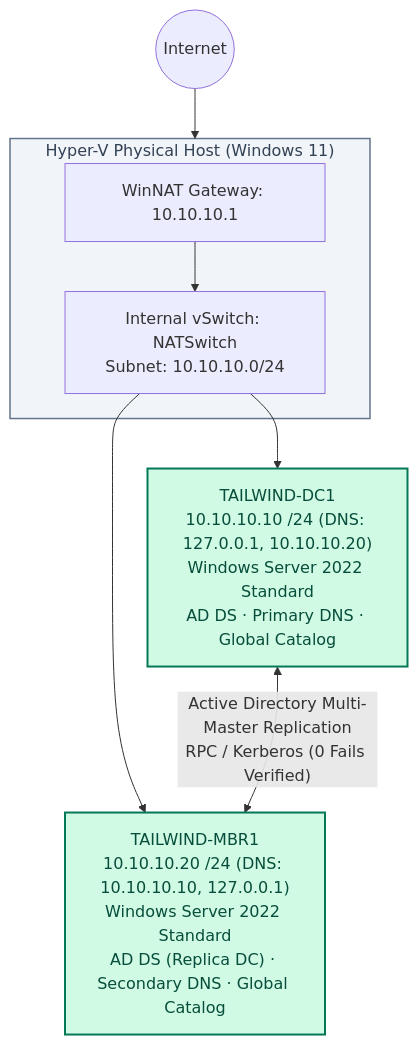
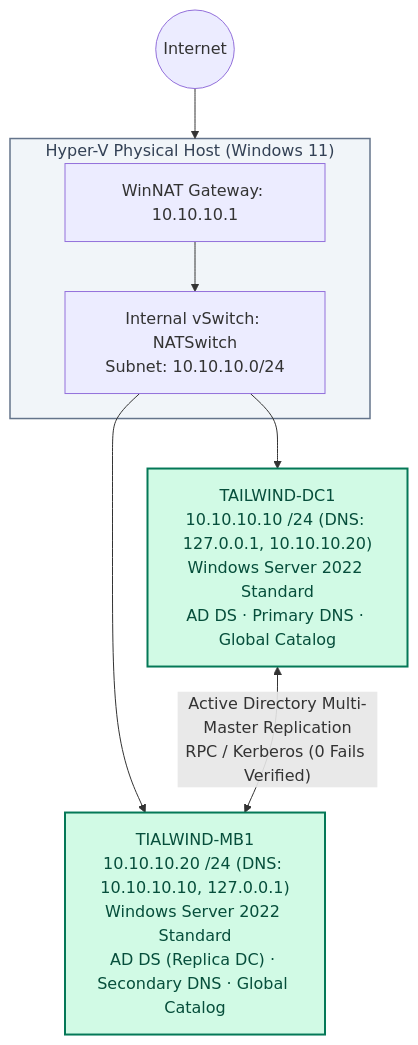
One commit to anudoranador87/it-support-labs changed the diagram in labs/active-directory-multi-dc/README.md. Above: the diagram before and after it, drawn with Mermaid. The commit also changed other lines of this file, not shown here.

````diff
--- a/labs/active-directory-multi-dc/README.md
+++ b/labs/active-directory-multi-dc/README.md
@@ -40,19 +40,19 @@
 ```mermaid
 flowchart TB
     Internet((Internet)) --> Host
     subgraph Host["Hyper-V Physical Host (Windows 11)"]
         NAT["WinNAT Gateway: 10.10.10.1"]
         Switch["Internal vSwitch: NATSwitch\nSubnet: 10.10.10.0/24"]
         NAT --> Switch
     end
     Switch --> DC1["TAILWIND-DC1\n10.10.10.10 /24 (DNS: 127.0.0.1, 10.10.10.20)\nWindows Server 2022 Standard\nAD DS · Primary DNS · Global Catalog"]
-    Switch --> MBR1["TAILWIND-MBR1\n10.10.10.20 /24 (DNS: 10.10.10.10, 127.0.0.1)\nWindows Server 2022 Standard\nAD DS (Replica DC) · Secondary DNS · Global Catalog"]
+    Switch --> MBR1["TIALWIND-MB1\n10.10.10.20 /24 (DNS: 10.10.10.10, 127.0.0.1)\nWindows Server 2022 Standard\nAD DS (Replica DC) · Secondary DNS · Global Catalog"]
 
     DC1 <--> |"Active Directory Multi-Master Replication\nRPC / Kerberos (0 Fails Verified)"| MBR1
 
     classDef srv fill:#d1fae5,stroke:#047857,stroke-width:2px,color:#064e3b;
     classDef host fill:#f1f5f9,stroke:#64748b,stroke-width:1.5px,color:#334155;
     class DC1 srv;
     class MBR1 srv;
     class Host host;
 ```
````
